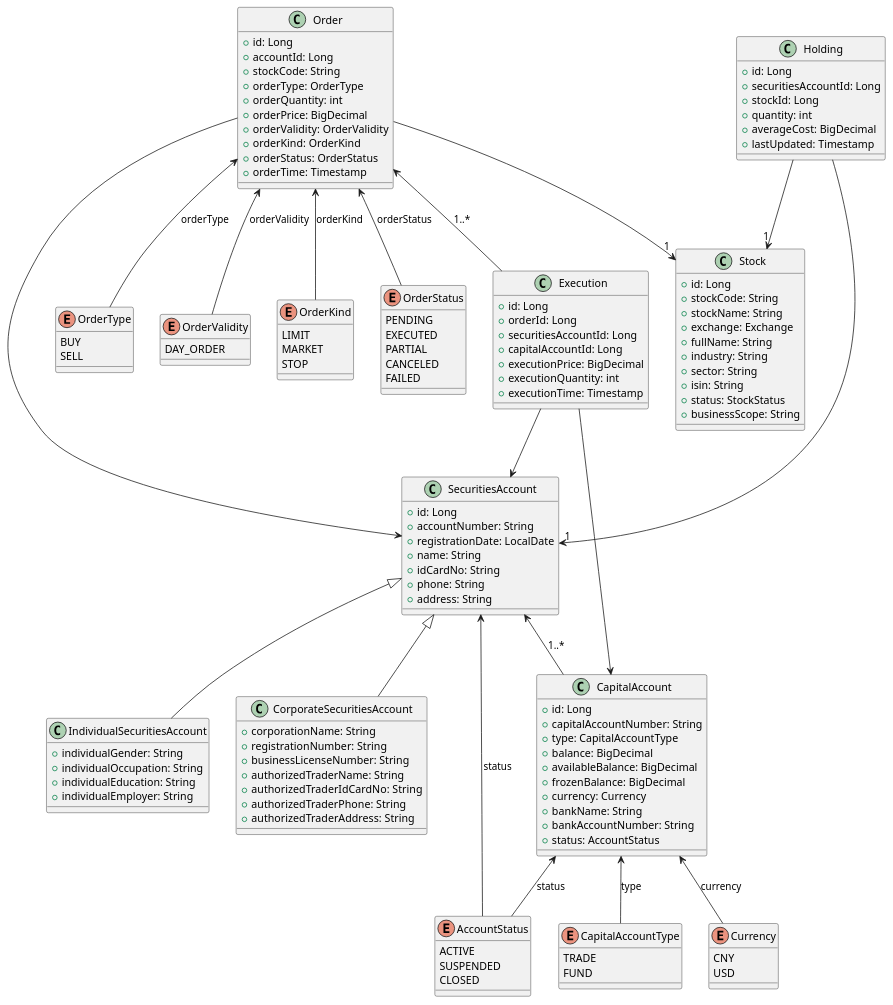
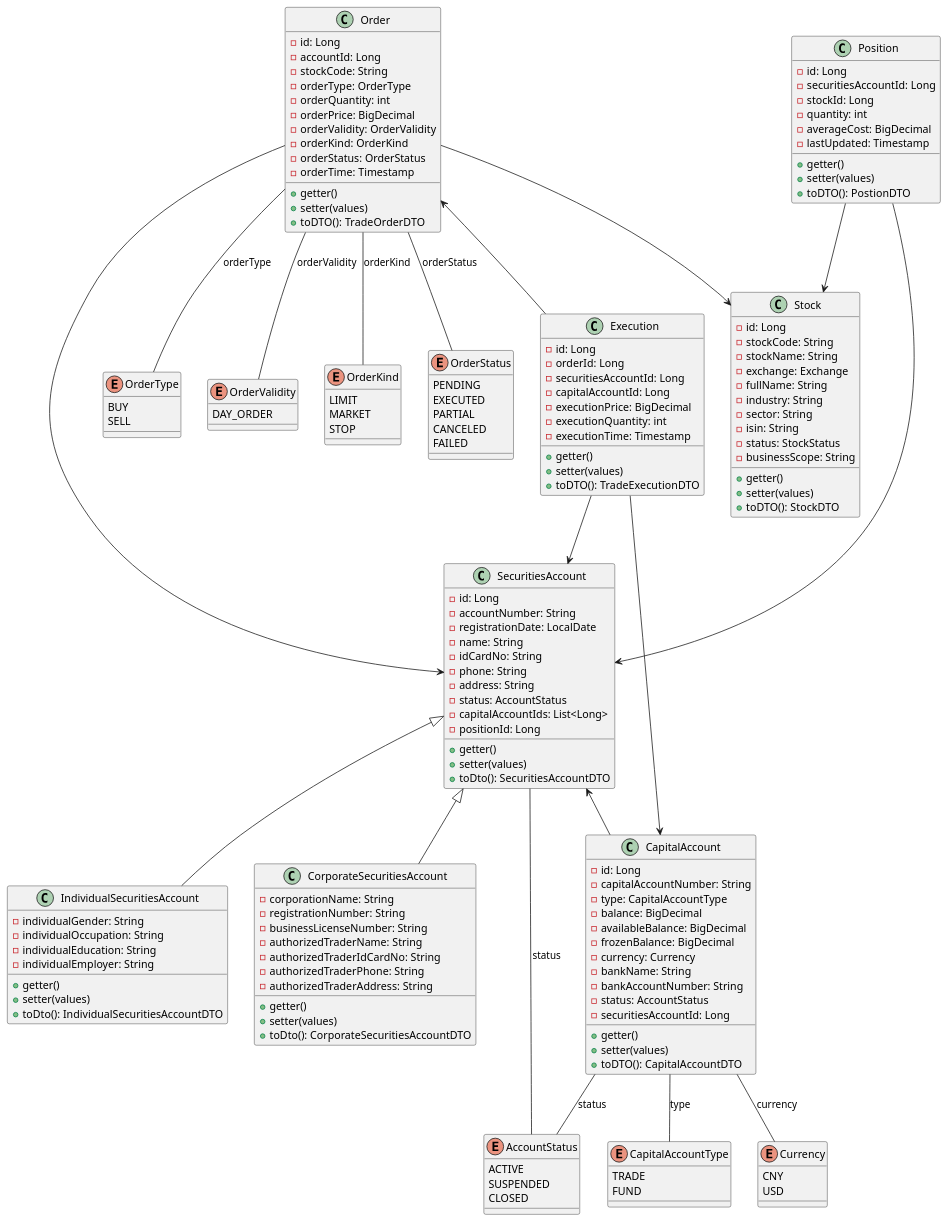
One commit to Hzeristo/stock_project changed the diagram in code/stock/docs/uml/main.puml. Above: the diagram before and after it, drawn with PlantUML. The commit also changed 66 other files, not shown here.

```diff
--- a/code/stock/docs/uml/main.puml
+++ b/code/stock/docs/uml/main.puml
@@ -1,155 +1,181 @@
 @startuml main
 
 class SecuritiesAccount {
-    + id: Long
-    + accountNumber: String
-    + registrationDate: LocalDate
-    + name: String
-    + idCardNo: String
-    + phone: String
-    + address: String
+    - id: Long
+    - accountNumber: String
+    - registrationDate: LocalDate
+    - name: String
+    - idCardNo: String
+    - phone: String
+    - address: String
+    - status: AccountStatus
+    - capitalAccountIds: List<Long>
+    - positionId: Long
+    + getter()
+    + setter(values)
+    + toDto(): SecuritiesAccountDTO
 }
 
-class IndividualSecuritiesAccount {
-    + individualGender: String
-    + individualOccupation: String
-    + individualEducation: String
-    + individualEmployer: String
+class IndividualSecuritiesAccount extends SecuritiesAccount {
+    - individualGender: String
+    - individualOccupation: String
+    - individualEducation: String
+    - individualEmployer: String
+    + getter()
+    + setter(values)
+    + toDto(): IndividualSecuritiesAccountDTO
 }
 
-class CorporateSecuritiesAccount {
-    + corporationName: String
-    + registrationNumber: String
-    + businessLicenseNumber: String
-    + authorizedTraderName: String
-    + authorizedTraderIdCardNo: String
-    + authorizedTraderPhone: String
-    + authorizedTraderAddress: String
+class CorporateSecuritiesAccount extends SecuritiesAccount {
+    - corporationName: String
+    - registrationNumber: String
+    - businessLicenseNumber: String
+    - authorizedTraderName: String
+    - authorizedTraderIdCardNo: String
+    - authorizedTraderPhone: String
+    - authorizedTraderAddress: String
+    + getter()
+    + setter(values)
+    + toDto(): CorporateSecuritiesAccountDTO
 }
 
-SecuritiesAccount <-- AccountStatus : "status"
+SecuritiesAccount -- AccountStatus : "status"
 
 enum AccountStatus {
     ACTIVE
     SUSPENDED
     CLOSED
 }
 
-SecuritiesAccount <|-- IndividualSecuritiesAccount
-SecuritiesAccount <|-- CorporateSecuritiesAccount
 class CapitalAccount {
-    + id: Long
-    + capitalAccountNumber: String
-    + type: CapitalAccountType
-    + balance: BigDecimal
-    + availableBalance: BigDecimal
-    + frozenBalance: BigDecimal
-    + currency: Currency
-    + bankName: String
-    + bankAccountNumber: String
-    + status: AccountStatus
+    - id: Long
+    - capitalAccountNumber: String
+    - type: CapitalAccountType
+    - balance: BigDecimal
+    - availableBalance: BigDecimal
+    - frozenBalance: BigDecimal
+    - currency: Currency
+    - bankName: String
+    - bankAccountNumber: String
+    - status: AccountStatus
+    - securitiesAccountId: Long
+    + getter()
+    + setter(values)
+    + toDTO(): CapitalAccountDTO
 }
 
 enum CapitalAccountType {
     TRADE
     FUND
 }
 
 enum Currency {
     CNY
     USD
 }
 
-CapitalAccount <-- CapitalAccountType : "type"
-CapitalAccount <-- AccountStatus : "status"
-CapitalAccount <-- Currency : "currency"
+CapitalAccount -- CapitalAccountType : "type"
+CapitalAccount -- AccountStatus : "status"
+CapitalAccount -- Currency : "currency"
 
-SecuritiesAccount <-- CapitalAccount : "1..*"
+SecuritiesAccount <-- CapitalAccount 
 
 
 class Order {
-    + id: Long
-    + accountId: Long
-    + stockCode: String
-    + orderType: OrderType
-    + orderQuantity: int
-    + orderPrice: BigDecimal
-    + orderValidity: OrderValidity
-    + orderKind: OrderKind
-    + orderStatus: OrderStatus
-    + orderTime: Timestamp
+    - id: Long
+    - accountId: Long
+    - stockCode: String
+    - orderType: OrderType
+    - orderQuantity: int
+    - orderPrice: BigDecimal
+    - orderValidity: OrderValidity
+    - orderKind: OrderKind
+    - orderStatus: OrderStatus
+    - orderTime: Timestamp
+    + getter()
+    + setter(values)
+    + toDTO(): TradeOrderDTO
 }
 
 enum OrderType {
     BUY
     SELL
 }
 
 enum OrderValidity {
     DAY_ORDER
 }
 
 enum OrderKind {
     LIMIT
     MARKET
     STOP
 }
 
 enum OrderStatus {
     PENDING     
     EXECUTED    
     PARTIAL
     CANCELED
     FAILED
 }
 
-Order <-- OrderType : "orderType"
-Order <-- OrderValidity : "orderValidity"
-Order <-- OrderKind : "orderKind"
-Order <-- OrderStatus : "orderStatus"
+Order -- OrderType : "orderType"
+Order -- OrderValidity : "orderValidity"
+Order -- OrderKind : "orderKind"
+Order -- OrderStatus : "orderStatus"
 
 Order --> SecuritiesAccount
 
 class Execution {
-    + id: Long
-    + orderId: Long
-    + securitiesAccountId: Long
-    + capitalAccountId: Long
-    + executionPrice: BigDecimal
-    + executionQuantity: int
-    + executionTime: Timestamp
+    - id: Long
+    - orderId: Long
+    - securitiesAccountId: Long
+    - capitalAccountId: Long
+    - executionPrice: BigDecimal
+    - executionQuantity: int
+    - executionTime: Timestamp
+    + getter()
+    + setter(values)
+    + toDTO(): TradeExecutionDTO
 }
 
-Order <-- Execution : "1..*"
+Order <-- Execution 
 
 Execution --> SecuritiesAccount
 Execution --> CapitalAccount
 
 class Stock {
-    + id: Long
-    + stockCode: String
-    + stockName: String
-    + exchange: Exchange
-    + fullName: String
-    + industry: String
-    + sector: String
-    + isin: String
-    + status: StockStatus
-    + businessScope: String
+    - id: Long
+    - stockCode: String
+    - stockName: String
+    - exchange: Exchange
+    - fullName: String
+    - industry: String
+    - sector: String
+    - isin: String
+    - status: StockStatus
+    - businessScope: String
+    + getter()
+    + setter(values)
+    + toDTO(): StockDTO
 }
-Order --> "1" Stock
+Order --> Stock
 
-class Holding {
-    + id: Long
-    + securitiesAccountId: Long
-    + stockId: Long
-    + quantity: int
-    + averageCost: BigDecimal
-    + lastUpdated: Timestamp
+class Position {
+    - id: Long
+    - securitiesAccountId: Long
+    - stockId: Long
+    - quantity: int
+    - averageCost: BigDecimal
+    - lastUpdated: Timestamp
+    + getter()
+    + setter(values)
+    + toDTO(): PostionDTO
 }
 
-Holding --> "1" Stock
+Position --> Stock
 
-Holding --> "1" SecuritiesAccount
+Position --> SecuritiesAccount
 
 @enduml
```
